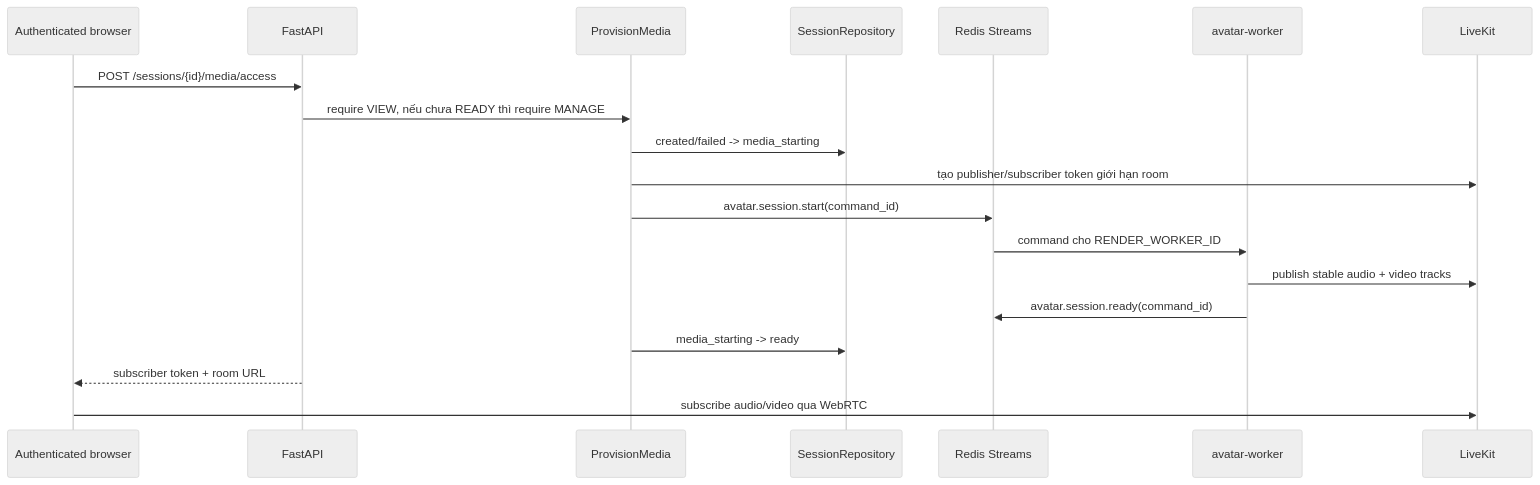
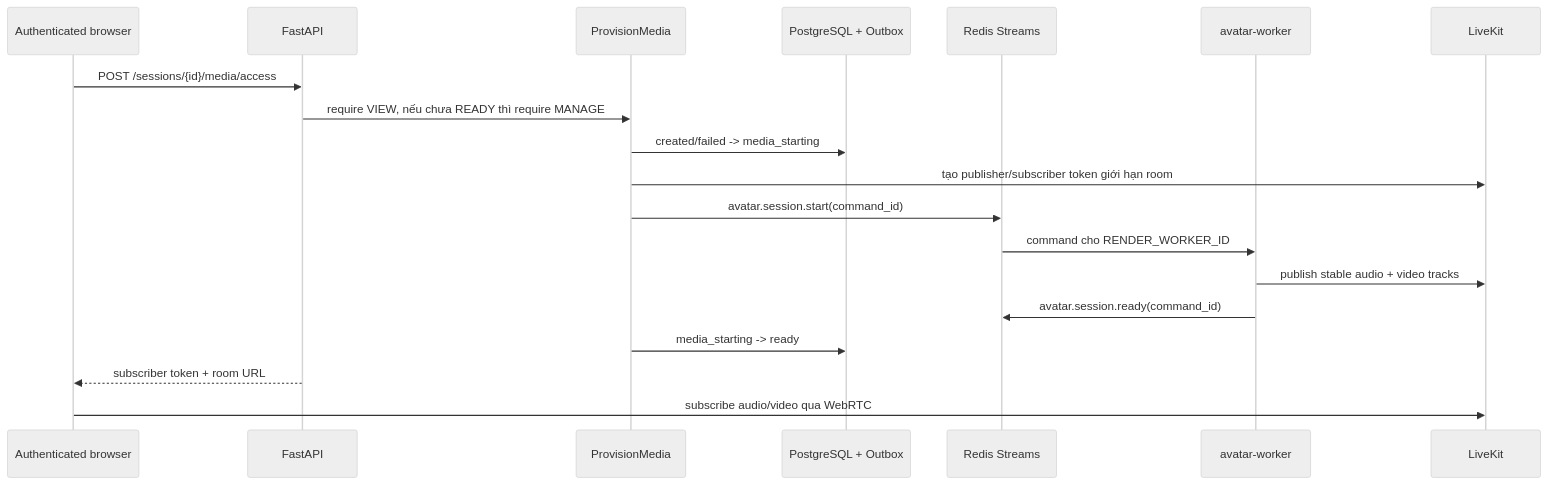
One commit to thinhphan97/PersonaForge changed the fourth of 8 diagrams in docs/server-flow.md. Above: the diagram before and after it, drawn with Mermaid (neutral theme). The commit also changed other lines of this file and 21 other files, not shown here.

````diff
--- a/docs/server-flow.md
+++ b/docs/server-flow.md
@@ -147,22 +147,22 @@
 ```mermaid
 sequenceDiagram
     participant B as Authenticated browser
     participant API as FastAPI
     participant Core as ProvisionMedia
-    participant DB as SessionRepository
+    participant DB as PostgreSQL + Outbox
     participant R as Redis Streams
     participant W as avatar-worker
     participant L as LiveKit
 
     B->>API: POST /sessions/{id}/media/access
     API->>Core: require VIEW, nếu chưa READY thì require MANAGE
     Core->>DB: created/failed -> media_starting
     Core->>L: tạo publisher/subscriber token giới hạn room
     Core->>R: avatar.session.start(command_id)
     R->>W: command cho RENDER_WORKER_ID
     W->>L: publish stable audio + video tracks
     W->>R: avatar.session.ready(command_id)
     Core->>DB: media_starting -> ready
     API-->>B: subscriber token + room URL
     B->>L: subscribe audio/video qua WebRTC
 ```
````
